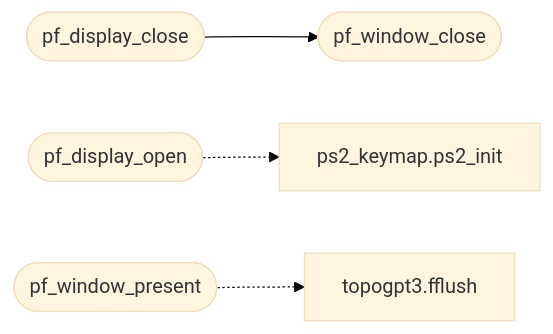
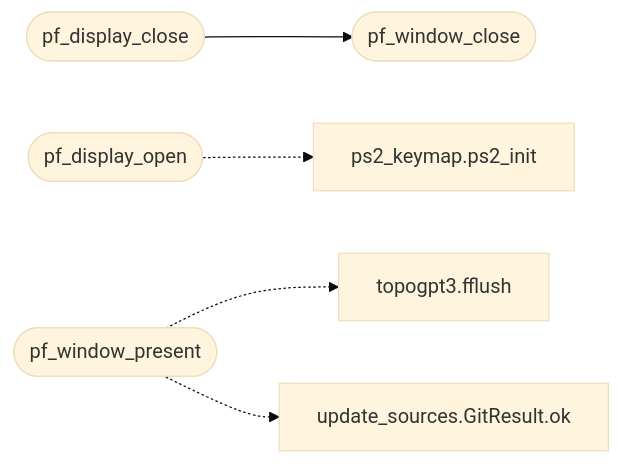
Before and after one commit to grisuno/miniOS: the second of 2 diagrams in readmenator-apidocs/modules/progs.freedomui.platform_minios.c.md, drawn with Mermaid (base theme). The commit also changed other lines of this file and 90 other files, not shown here.

````diff
--- a/readmenator-apidocs/modules/progs.freedomui.platform_minios.c.md
+++ b/readmenator-apidocs/modules/progs.freedomui.platform_minios.c.md
@@ -28,12 +28,14 @@
 ```mermaid
 flowchart LR
     n_progs_freedomui_platform_minios_c__pf_display_close(["pf_display_close"])
     n_progs_freedomui_platform_minios_c__pf_window_close(["pf_window_close"])
     n_progs_freedomui_platform_minios_c__pf_display_open(["pf_display_open"])
     n_progs_freedomui_ps2_keymap_h__ps2_init["ps2_keymap.ps2_init"]
     n_progs_freedomui_platform_minios_c__pf_window_present(["pf_window_present"])
     n_progs_topogpt3_topogpt3_c__fflush["topogpt3.fflush"]
+    n_tools_update_sources_py__GitResult_ok["update_sources.GitResult.ok"]
     n_progs_freedomui_platform_minios_c__pf_display_close --> n_progs_freedomui_platform_minios_c__pf_window_close
     n_progs_freedomui_platform_minios_c__pf_display_open -.-> n_progs_freedomui_ps2_keymap_h__ps2_init
     n_progs_freedomui_platform_minios_c__pf_window_present -.-> n_progs_topogpt3_topogpt3_c__fflush
+    n_progs_freedomui_platform_minios_c__pf_window_present -.-> n_tools_update_sources_py__GitResult_ok
 ```
````
